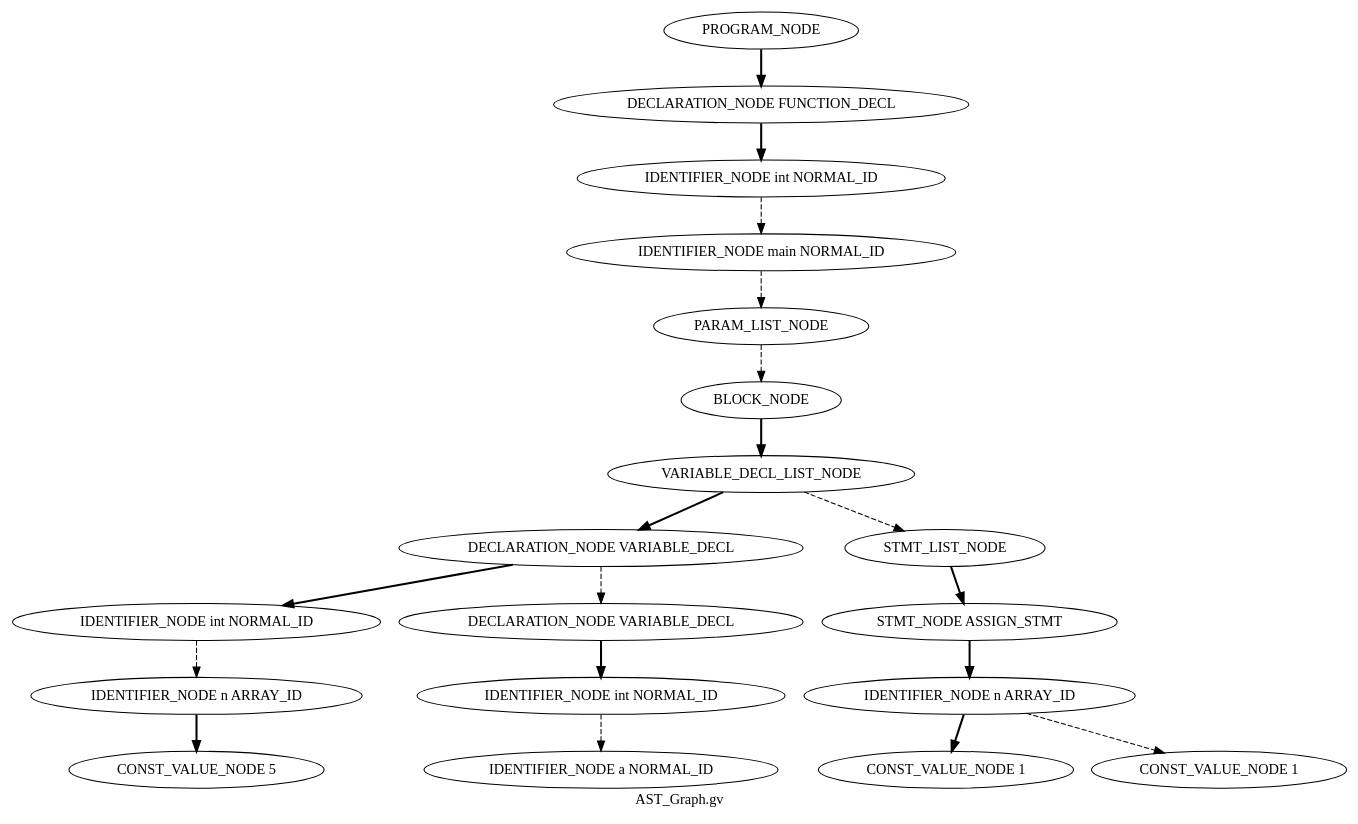
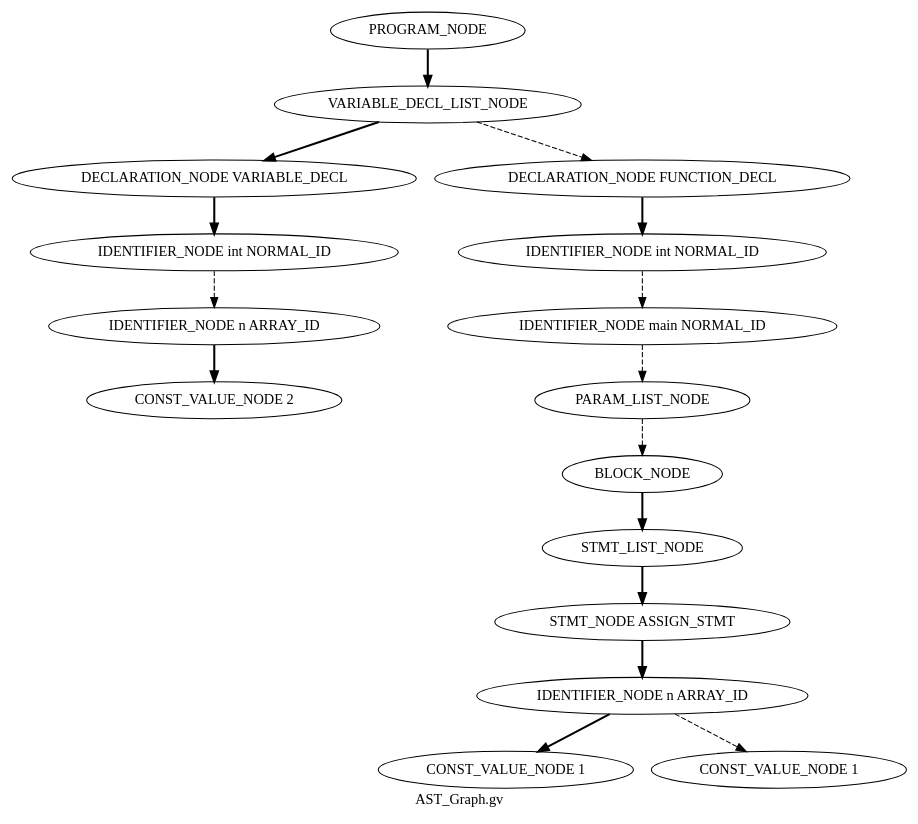
Before and after one commit to qsyyzxp12/compiler: the diagram in hw5/AST_Graph.gv, drawn with Graphviz. The commit also changed 12 other files, not shown here.

Commit message:
finish global array decl and assign

```diff
--- a/hw5/AST_Graph.gv
+++ b/hw5/AST_Graph.gv
@@ -1,41 +1,35 @@
 Digraph AST
 {
 label = "AST_Graph.gv"
 node0 [label ="PROGRAM_NODE"]
-node1 [label ="DECLARATION_NODE FUNCTION_DECL"]
-node2 [label ="IDENTIFIER_NODE int NORMAL_ID"]
-node3 [label ="IDENTIFIER_NODE main NORMAL_ID"]
-node4 [label ="PARAM_LIST_NODE"]
-node5 [label ="BLOCK_NODE"]
-node6 [label ="VARIABLE_DECL_LIST_NODE"]
-node7 [label ="DECLARATION_NODE VARIABLE_DECL"]
-node8 [label ="IDENTIFIER_NODE int NORMAL_ID"]
-node9 [label ="IDENTIFIER_NODE n ARRAY_ID"]
-node10 [label ="CONST_VALUE_NODE 5"]
-node9 -> node10 [style = bold]
+node1 [label ="VARIABLE_DECL_LIST_NODE"]
+node2 [label ="DECLARATION_NODE VARIABLE_DECL"]
+node3 [label ="IDENTIFIER_NODE int NORMAL_ID"]
+node4 [label ="IDENTIFIER_NODE n ARRAY_ID"]
+node5 [label ="CONST_VALUE_NODE 2"]
+node4 -> node5 [style = bold]
+node3 -> node4 [style = dashed]
+node2 -> node3 [style = bold]
+node1 -> node2 [style = bold]
+node6 [label ="DECLARATION_NODE FUNCTION_DECL"]
+node7 [label ="IDENTIFIER_NODE int NORMAL_ID"]
+node8 [label ="IDENTIFIER_NODE main NORMAL_ID"]
+node9 [label ="PARAM_LIST_NODE"]
+node10 [label ="BLOCK_NODE"]
+node11 [label ="STMT_LIST_NODE"]
+node12 [label ="STMT_NODE ASSIGN_STMT"]
+node13 [label ="IDENTIFIER_NODE n ARRAY_ID"]
+node14 [label ="CONST_VALUE_NODE 1"]
+node13 -> node14 [style = bold]
+node15 [label ="CONST_VALUE_NODE 1"]
+node13 -> node15 [style = dashed]
+node12 -> node13 [style = bold]
+node11 -> node12 [style = bold]
+node10 -> node11 [style = bold]
+node9 -> node10 [style = dashed]
 node8 -> node9 [style = dashed]
-node7 -> node8 [style = bold]
-node11 [label ="DECLARATION_NODE VARIABLE_DECL"]
-node12 [label ="IDENTIFIER_NODE int NORMAL_ID"]
-node13 [label ="IDENTIFIER_NODE a NORMAL_ID"]
-node12 -> node13 [style = dashed]
-node11 -> node12 [style = bold]
-node7 -> node11 [style = dashed]
+node7 -> node8 [style = dashed]
 node6 -> node7 [style = bold]
-node14 [label ="STMT_LIST_NODE"]
-node15 [label ="STMT_NODE ASSIGN_STMT"]
-node16 [label ="IDENTIFIER_NODE n ARRAY_ID"]
-node17 [label ="CONST_VALUE_NODE 1"]
-node16 -> node17 [style = bold]
-node18 [label ="CONST_VALUE_NODE 1"]
-node16 -> node18 [style = dashed]
-node15 -> node16 [style = bold]
-node14 -> node15 [style = bold]
-node6 -> node14 [style = dashed]
-node5 -> node6 [style = bold]
-node4 -> node5 [style = dashed]
-node3 -> node4 [style = dashed]
-node2 -> node3 [style = dashed]
-node1 -> node2 [style = bold]
+node1 -> node6 [style = dashed]
 node0 -> node1 [style = bold]
 }
```
